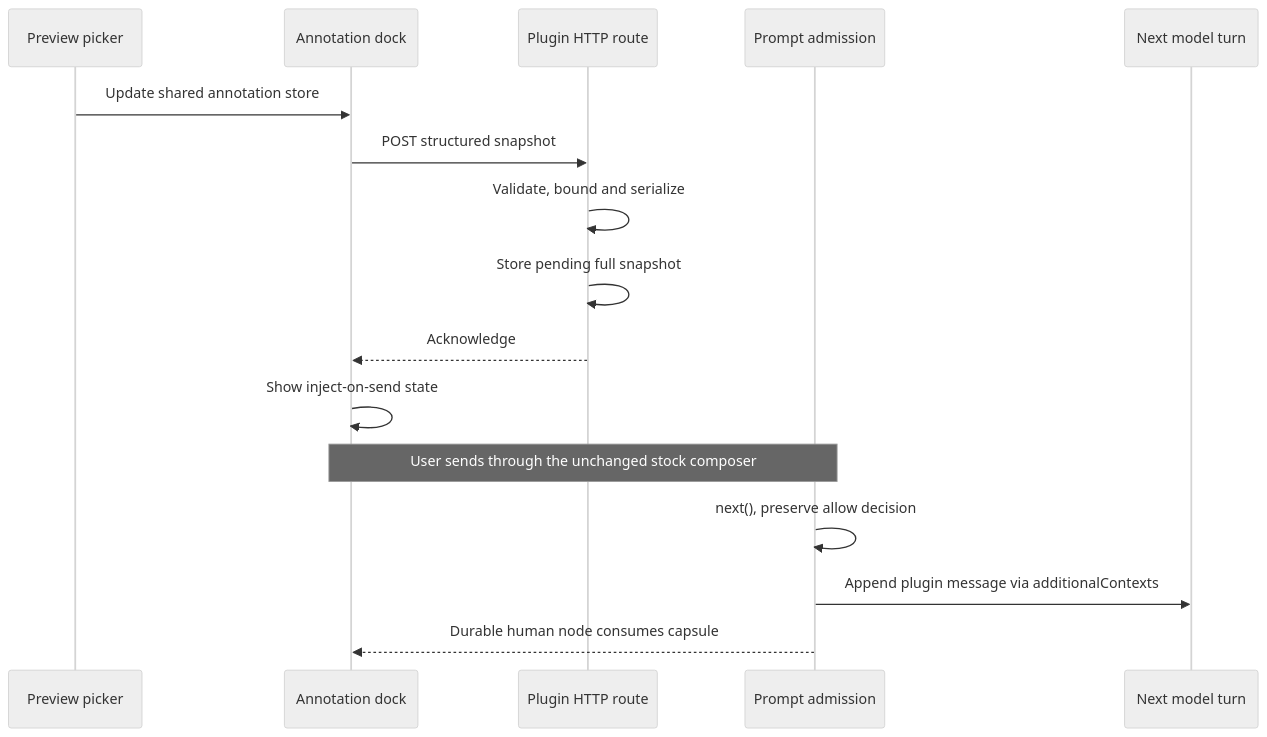
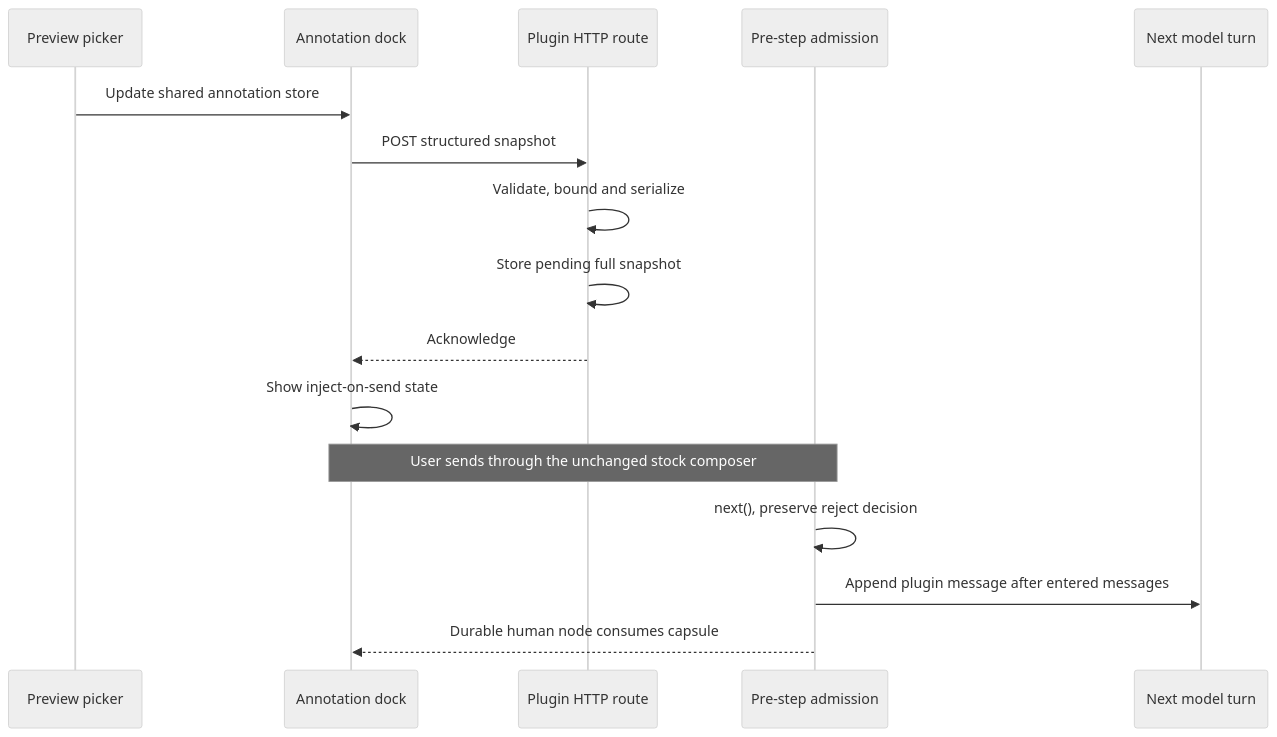
The diagram in docs/webview-ui-plan.md (CanglongCl/dsh-web-review), drawn with Mermaid (neutral theme) before and after one commit. The commit also changed other lines of this file and 15 other files, not shown here.

````diff
--- a/docs/webview-ui-plan.md
+++ b/docs/webview-ui-plan.md
@@ -59,19 +58,19 @@
 ```mermaid
 sequenceDiagram
     participant Picker as Preview picker
     participant Dock as Annotation dock
     participant Route as Plugin HTTP route
-    participant Admission as Prompt admission
+    participant Admission as Pre-step admission
     participant Model as Next model turn
 
     Picker->>Dock: Update shared annotation store
     Dock->>Route: POST structured snapshot
     Route->>Route: Validate, bound and serialize
     Route->>Route: Store pending full snapshot
     Route-->>Dock: Acknowledge
     Dock->>Dock: Show inject-on-send state
     Note over Dock,Admission: User sends through the unchanged stock composer
-    Admission->>Admission: next(), preserve allow decision
-    Admission->>Model: Append plugin message via additionalContexts
+    Admission->>Admission: next(), preserve reject decision
+    Admission->>Model: Append plugin message after entered messages
     Admission-->>Dock: Durable human node consumes capsule
 ```
````
